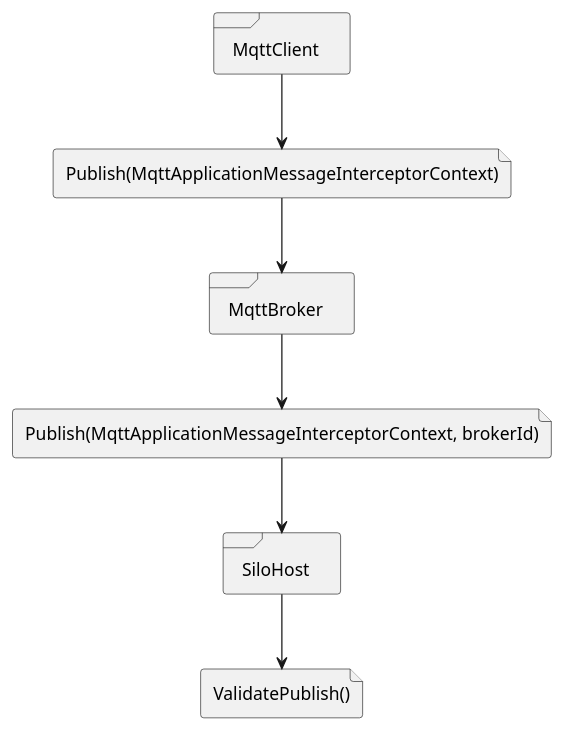
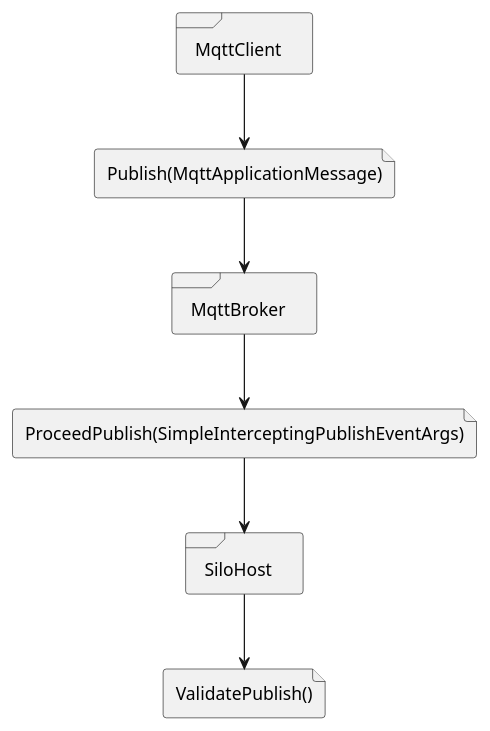
Before and after one commit to SeppPenner/NetCoreMQTTExampleCluster: the diagram in images/client-publish1.wsd, drawn with PlantUML. The commit also changed 17 other files, not shown here.

```diff
--- a/images/client-publish1.wsd
+++ b/images/client-publish1.wsd
@@ -1,24 +1,24 @@
 @startuml
 
 skinparam componentStyle uml2
 
-file "Publish(MqttApplicationMessageInterceptorContext)" as PublishPackage
-file "Publish(MqttApplicationMessageInterceptorContext, brokerId)" as PublishPackage2
+file "Publish(MqttApplicationMessage)" as PublishPackage
+file "ProceedPublish(SimpleInterceptingPublishEventArgs)" as PublishPackage2
 file "ValidatePublish()" as ValidatePublish
 
 frame SiloHost {
 }
 
 frame "MqttClient" as MqttClient {
 }
 
 frame "MqttBroker" as MqttBroker {
 }
 
 MqttClient --> PublishPackage
 PublishPackage --> MqttBroker
 MqttBroker --> PublishPackage2
 PublishPackage2 --> SiloHost
 SiloHost --> ValidatePublish
 
 @enduml
```
